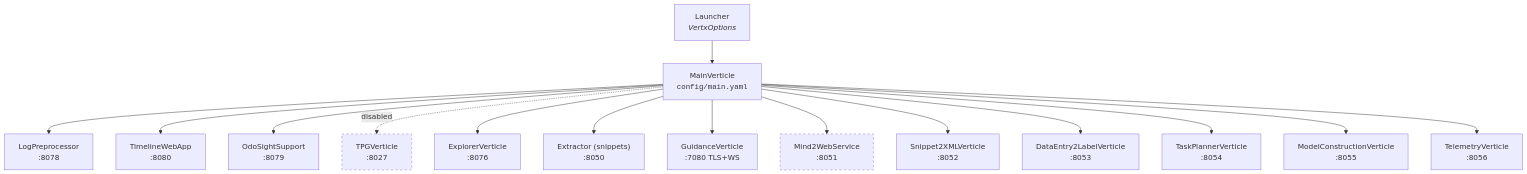
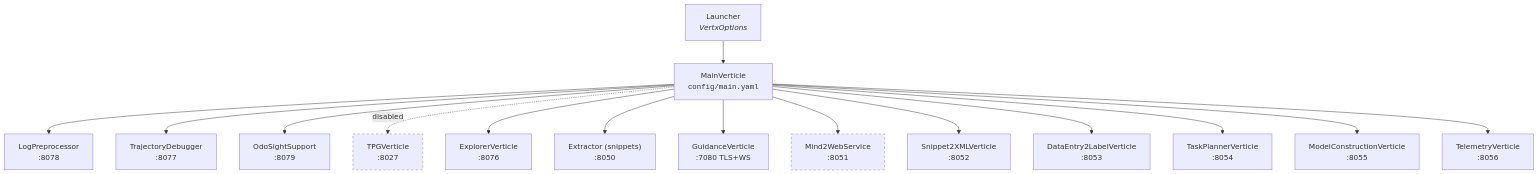
One commit to aianta/odo-bot changed the first of 7 diagrams in docs/odobot-architecture-manifest.md. Above: the diagram before and after it, drawn with Mermaid. The commit also changed other lines of this file and 50 other files, not shown here.

Commit message:
prototype trajectory debugger

````diff
--- a/docs/odobot-architecture-manifest.md
+++ b/docs/odobot-architecture-manifest.md
@@ -76,21 +76,21 @@
 ```mermaid
 flowchart TD
     L["Launcher<br/><i>VertxOptions</i>"] --> MV["MainVerticle<br/><code>config/main.yaml</code>"]
 
     MV --> LP["LogPreprocessor<br/>:8078"]
-    MV --> TW["TimelineWebApp<br/>:8080"]
+    MV --> TD["TrajectoryDebugger<br/>:8077"]
     MV --> OS["OdoSightSupport<br/>:8079"]
     MV -.->|"disabled"| TPG["TPGVerticle<br/>:8027"]
     MV --> EX["ExplorerVerticle<br/>:8076"]
     MV --> SE["Extractor (snippets)<br/>:8050"]
     MV --> GU["GuidanceVerticle<br/>:7080 TLS+WS"]
     MV --> M2W["Mind2WebService<br/>:8051"]
     MV --> S2X["Snippet2XMLVerticle<br/>:8052"]
     MV --> DE2L["DataEntry2LabelVerticle<br/>:8053"]
     MV --> TP["TaskPlannerVerticle<br/>:8054"]
     MV --> MC["ModelConstructionVerticle<br/>:8055"]
     MV --> TEL["TelemetryVerticle<br/>:8056"]
 
     classDef dead stroke-dasharray: 5 5
     class TPG,M2W dead
 ```
````
